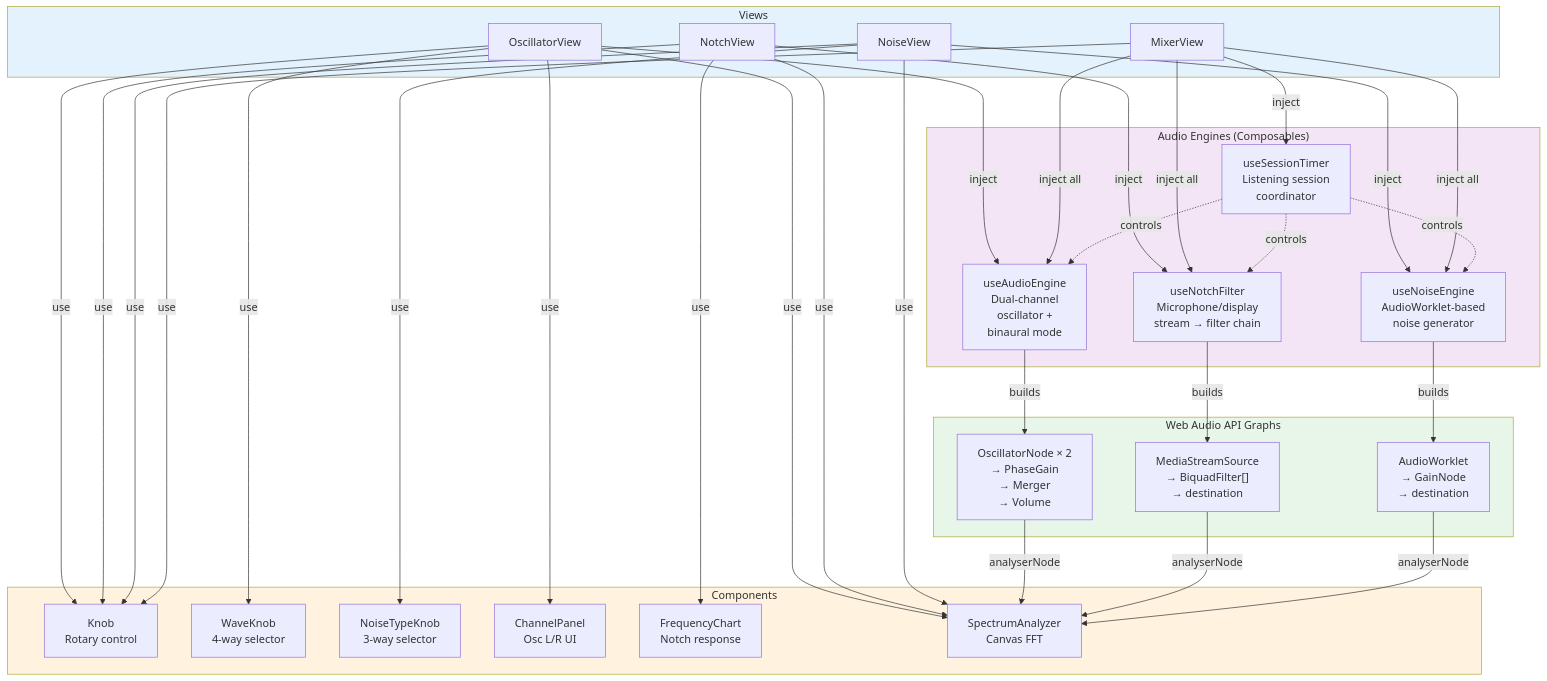
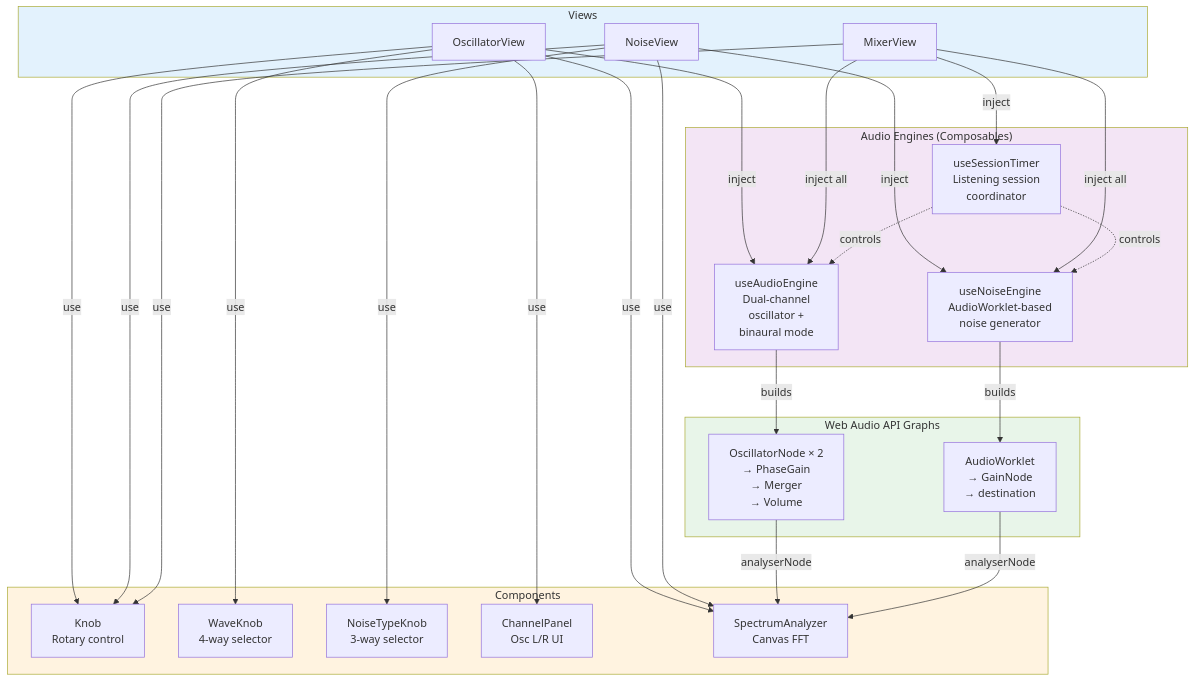
One commit to dracon/noiserator changed the diagram in ARCHITECTURE.md. Above: the diagram before and after it, drawn with Mermaid. The commit also changed other lines of this file, not shown here.

Commit message:
docs: remove notch filter from ARCHITECTURE.md

````diff
--- a/ARCHITECTURE.md
+++ b/ARCHITECTURE.md
@@ -189,71 +145,58 @@
 ```mermaid
 graph TB
     subgraph Views
         OscView["OscillatorView"]
-        NotchView["NotchView"]
         NoiseView["NoiseView"]
         MixerView["MixerView"]
     end
 
     subgraph Composables["Audio Engines (Composables)"]
         AudioEngine["useAudioEngine<br/>Dual-channel<br/>oscillator +<br/>binaural mode"]
-        NotchEngine["useNotchFilter<br/>Microphone/display<br/>stream → filter chain"]
         NoiseEngine["useNoiseEngine<br/>AudioWorklet-based<br/>noise generator"]
         SessionTimer["useSessionTimer<br/>Listening session<br/>coordinator"]
     end
 
     subgraph Components
         Knob["Knob<br/>Rotary control"]
         WaveKnob["WaveKnob<br/>4-way selector"]
         NoiseTypeKnob["NoiseTypeKnob<br/>3-way selector"]
         ChannelPanel["ChannelPanel<br/>Osc L/R UI"]
-        FreqChart["FrequencyChart<br/>Notch response"]
         SpecAnalyzer["SpectrumAnalyzer<br/>Canvas FFT"]
     end
 
     subgraph WebAudio["Web Audio API Graphs"]
         OscGraph["OscillatorNode × 2<br/>→ PhaseGain<br/>→ Merger<br/>→ Volume"]
-        NotchGraph["MediaStreamSource<br/>→ BiquadFilter[]<br/>→ destination"]
         NoiseGraph["AudioWorklet<br/>→ GainNode<br/>→ destination"]
     end
 
     OscView -->|inject| AudioEngine
-    NotchView -->|inject| NotchEngine
     NoiseView -->|inject| NoiseEngine
     MixerView -->|inject all| AudioEngine
-    MixerView -->|inject all| NotchEngine
     MixerView -->|inject all| NoiseEngine
     MixerView -->|inject| SessionTimer
 
     OscView -->|use| Knob
     OscView -->|use| WaveKnob
     OscView -->|use| ChannelPanel
     OscView -->|use| SpecAnalyzer
 
-    NotchView -->|use| Knob
-    NotchView -->|use| FreqChart
-    NotchView -->|use| SpecAnalyzer
-
     NoiseView -->|use| NoiseTypeKnob
     NoiseView -->|use| Knob
     NoiseView -->|use| SpecAnalyzer
 
     MixerView -->|use| Knob
 
     AudioEngine -->|builds| OscGraph
-    NotchEngine -->|builds| NotchGraph
     NoiseEngine -->|builds| NoiseGraph
 
     OscGraph -->|analyserNode| SpecAnalyzer
-    NotchGraph -->|analyserNode| SpecAnalyzer
     NoiseGraph -->|analyserNode| SpecAnalyzer
 
     SessionTimer -.->|controls| AudioEngine
-    SessionTimer -.->|controls| NotchEngine
     SessionTimer -.->|controls| NoiseEngine
 
     style Views fill:#e3f2fd
     style Composables fill:#f3e5f5
     style Components fill:#fff3e0
     style WebAudio fill:#e8f5e9
 ```
````
